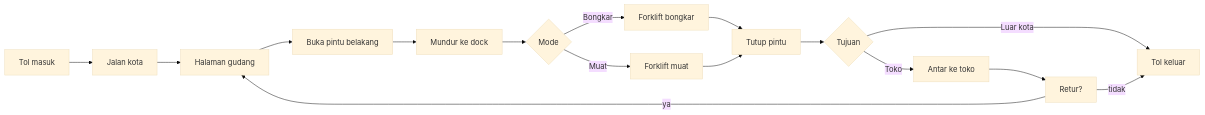
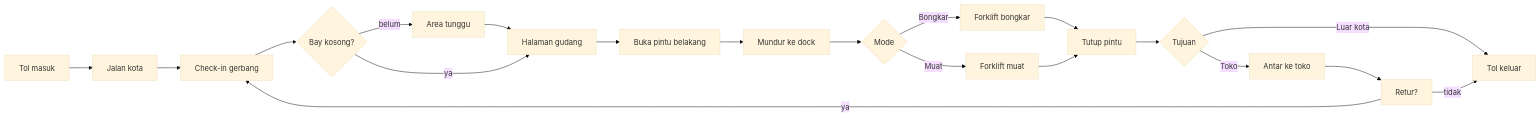
One commit to jundy779/Lumbung changed the first of 2 diagrams in README.md. Above: the diagram before and after it, drawn with Mermaid (base theme). The commit also changed other lines of this file and 10 other files, not shown here.

First line of the commit message:
v32: check-in gerbang dan area tunggu truk

````diff
--- a/README.md
+++ b/README.md
@@ -97,16 +97,19 @@
 ```mermaid
 flowchart LR
   A[Tol masuk] --> B[Jalan kota]
-  B --> C[Halaman gudang]
+  B --> C0[Check-in gerbang]
+  C0 --> W{Bay kosong?}
+  W -- belum --> AT[Area tunggu] --> C
+  W -- ya --> C[Halaman gudang]
   C --> D[Buka pintu belakang]
   D --> E[Mundur ke dock]
   E --> F{Mode}
   F -- Bongkar --> G[Forklift bongkar]
   F -- Muat --> H[Forklift muat]
   G --> I[Tutup pintu]
   H --> I
   I --> J{Tujuan}
-  J -- Toko --> K[Antar ke toko] --> L[Retur?] -- ya --> C
+  J -- Toko --> K[Antar ke toko] --> L[Retur?] -- ya --> C0
   J -- Luar kota --> M[Tol keluar]
   L -- tidak --> M
 ```
````
